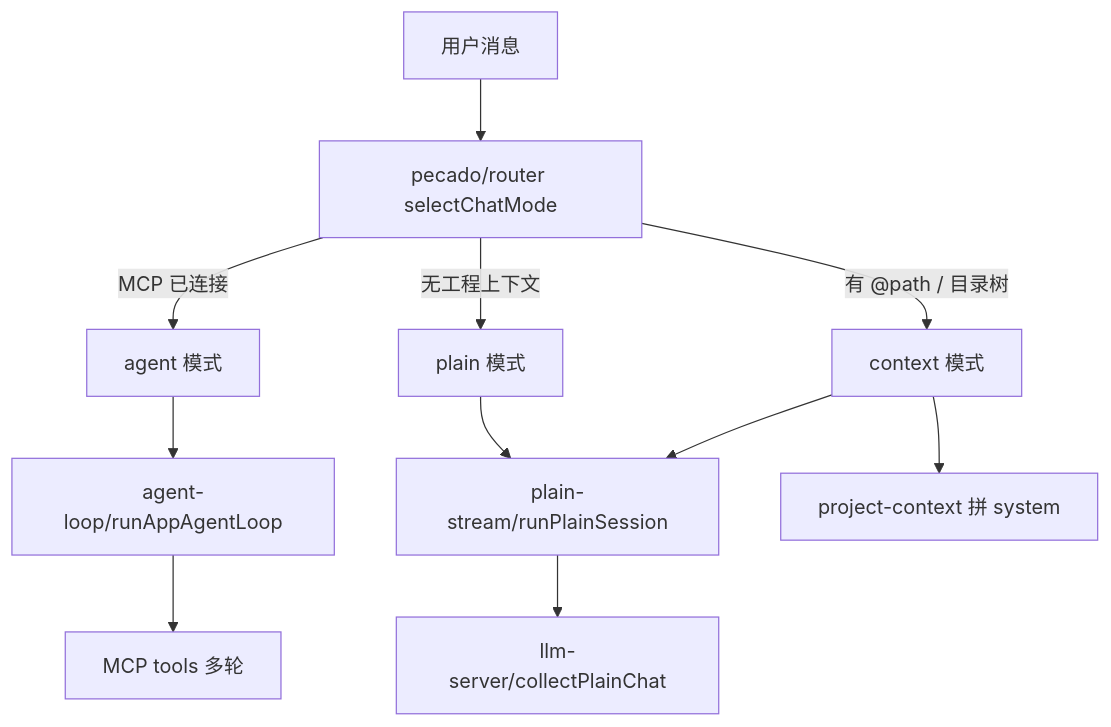
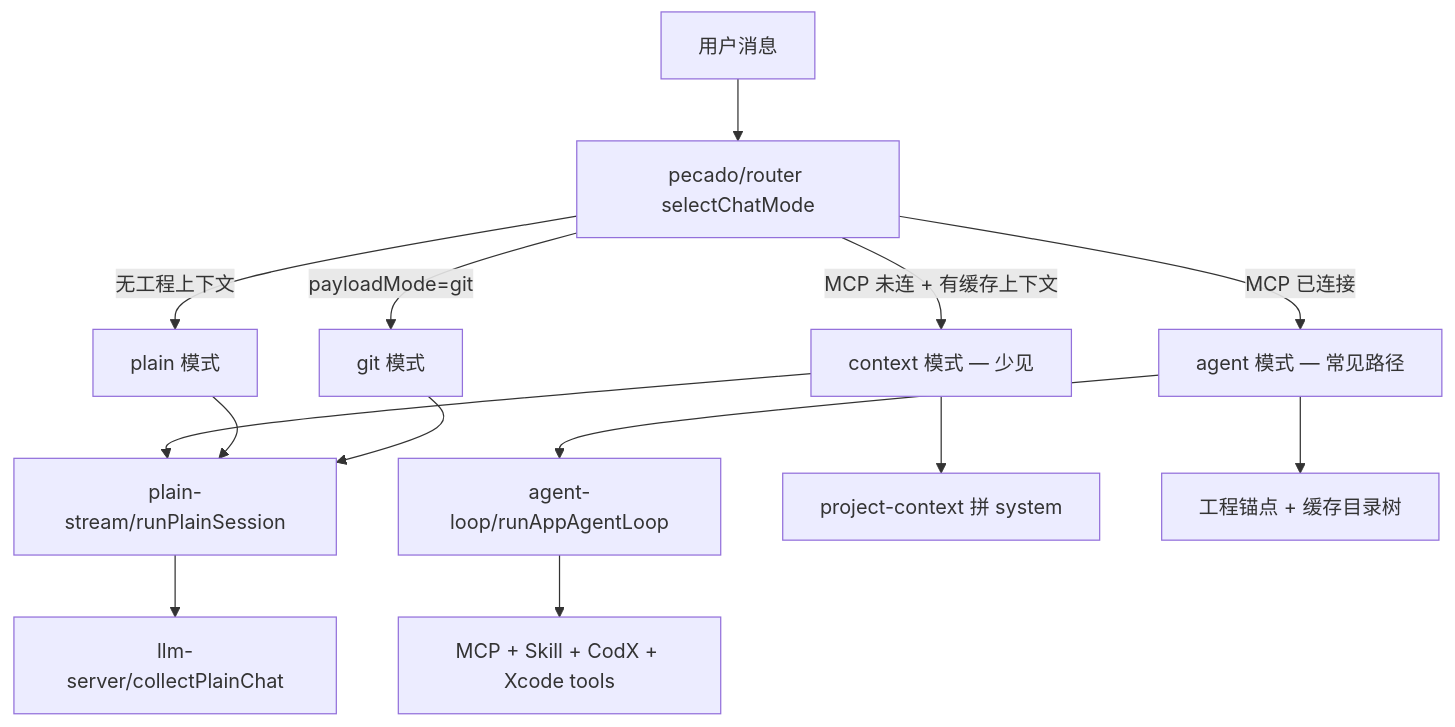
The ninth of 9 diagrams in README.md (SCSHICHUAN/Pecado), drawn with Mermaid before and after one commit. The commit also changed other lines of this file and 43 other files, not shown here.

````diff
--- a/README.md
+++ b/README.md
@@ -692,16 +806,19 @@
 ```mermaid
 flowchart TD
   MSG[用户消息] --> SEL[pecado/router selectChatMode]
 
-  SEL -->|MCP 已连接| AGENT[agent 模式]
-  SEL -->|有 @path / 目录树| CTX[context 模式]
+  SEL -->|payloadMode=git| GIT[git 模式]
+  SEL -->|MCP 已连接| AGENT[agent 模式 — 常见路径]
+  SEL -->|MCP 未连 + 有缓存上下文| CTX[context 模式 — 少见]
   SEL -->|无工程上下文| PLAIN[plain 模式]
 
   AGENT --> LOOP[agent-loop/runAppAgentLoop]
-  LOOP --> TOOLS[MCP tools 多轮]
+  LOOP --> TOOLS[MCP + Skill + CodX + Xcode tools]
 
   CTX --> PLAIN流[plain-stream/runPlainSession]
   PLAIN --> PLAIN流
+  GIT --> PLAIN流
   PLAIN流 --> LLM[llm-server/collectPlainChat]
   CTX --> PC[project-context 拼 system]
+  AGENT --> ANCHOR[工程锚点 + 缓存目录树]
 ```
````
